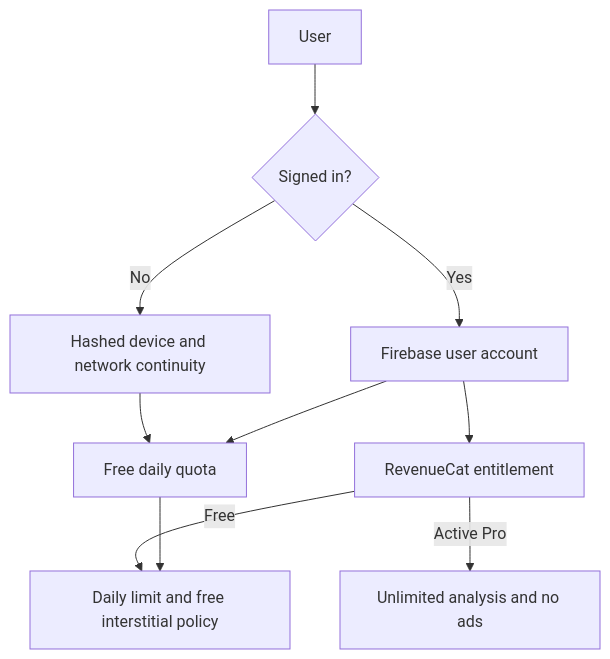
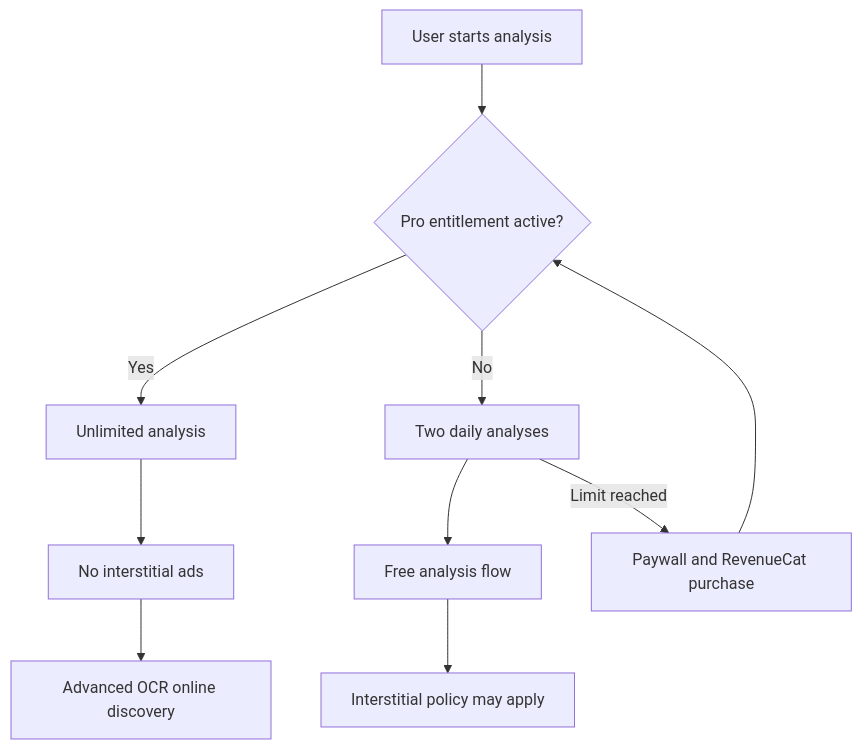
Before and after one commit to mahaddevelpoer/Video-Origin-analyzer: the seventh of 7 diagrams in README.md, drawn with Mermaid. The commit also changed other lines of this file and 3 other files, not shown here.

Commit message:
Document product architecture and privacy boundaries

````diff
--- a/README.md
+++ b/README.md
@@ -57,12 +261,12 @@
 ```mermaid
 flowchart TD
-    U[User] --> L{Signed in?}
-    L -->|No| D[Hashed device and network continuity]
-    L -->|Yes| F[Firebase user account]
-    D --> Q[Free daily quota]
-    F --> Q
-    F --> R[RevenueCat entitlement]
-    R -->|Active Pro| P[Unlimited analysis and no ads]
-    R -->|Free| A[Daily limit and free interstitial policy]
-    Q --> A
+    U[User starts analysis] --> C{Pro entitlement active?}
+    C -->|Yes| P1[Unlimited analysis]
+    P1 --> P2[No interstitial ads]
+    P2 --> P3[Advanced OCR online discovery]
+    C -->|No| F1[Two daily analyses]
+    F1 --> F2[Free analysis flow]
+    F2 --> F3[Interstitial policy may apply]
+    F1 -->|Limit reached| W[Paywall and RevenueCat purchase]
+    W --> C
 ```
````
